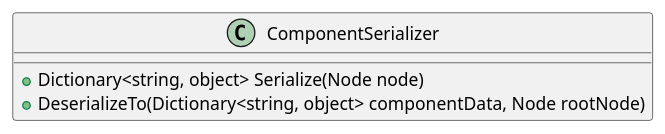
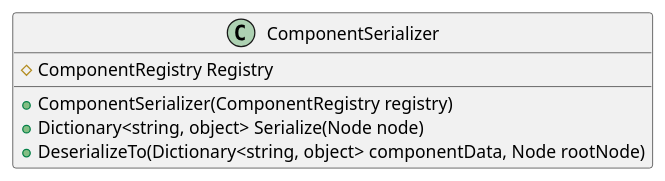
The diagram in model/ComponentSerializer.puml (Beliar83/godot-component-system-old), drawn with PlantUML before and after one commit.

Commit message:
- Added Registry property.

```diff
--- a/model/ComponentSerializer.puml
+++ b/model/ComponentSerializer.puml
@@ -1,8 +1,10 @@
 @startuml
 
 class ComponentSerializer
 {
+	#ComponentRegistry Registry
+	+ComponentSerializer(ComponentRegistry registry)
 	+Dictionary<string, object> Serialize(Node node)
 	+DeserializeTo(Dictionary<string, object> componentData, Node rootNode)
 }
 @enduml
```
